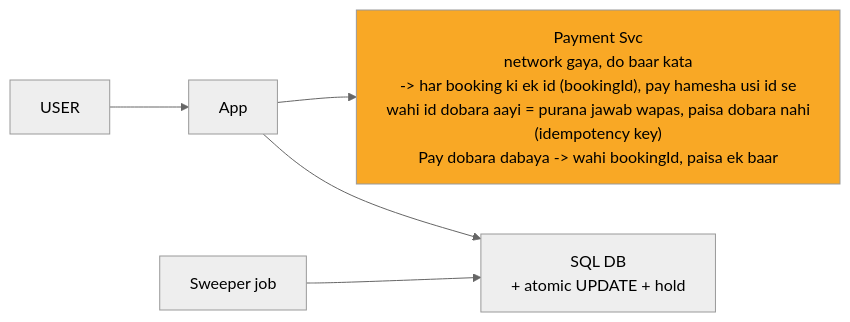
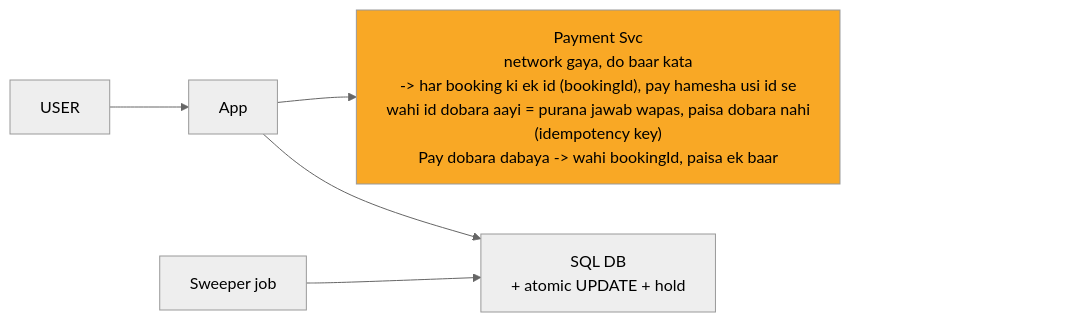
The fourth of 9 diagrams in 04_HLD/SYSTEM_DESIGNS/09_bookmyshow/09_bookmyshow_INTERVIEW.md (ArpanMaheshwari144/Prep), drawn with Mermaid (neutral theme) before and after one commit. The commit also changed other lines of this file and 13 other files, not shown here.

Commit message:
hld 14 file: har diagram ke daayein andekha dabba, zoom button asli dabbe pe na aaye

````diff
--- a/04_HLD/SYSTEM_DESIGNS/09_bookmyshow/09_bookmyshow_INTERVIEW.md
+++ b/04_HLD/SYSTEM_DESIGNS/09_bookmyshow/09_bookmyshow_INTERVIEW.md
@@ -162,14 +171,17 @@
 ```mermaid
 %%{init: {"flowchart": {"wrappingWidth": 450}}}%%
 flowchart LR
     n_USER["USER"]
     n_App["App"]
     n_Payment_Svc["Payment Svc<br/>network gaya, do baar kata<br/>-> har booking ki ek id (bookingId), pay hamesha usi id se<br/>wahi id dobara aayi = purana jawab wapas, paisa dobara nahi<br/>(idempotency key)<br/>Pay dobara dabaya -> wahi bookingId, paisa ek baar"]
     n_SQL_DB["SQL DB<br/>+ atomic UPDATE + hold"]
     n_Sweeper_job["Sweeper job"]
     n_USER --> n_App
     n_App --> n_Payment_Svc
     n_App --> n_SQL_DB
     n_Sweeper_job --> n_SQL_DB
+    n_pad["xxxxxxxxxxxxxxxx"]
+    n_Payment_Svc ~~~ n_pad
     style n_Payment_Svc fill:#f9a825,color:#000
+    style n_pad fill:none,stroke:none,color:#ffffff00
 ```
````
